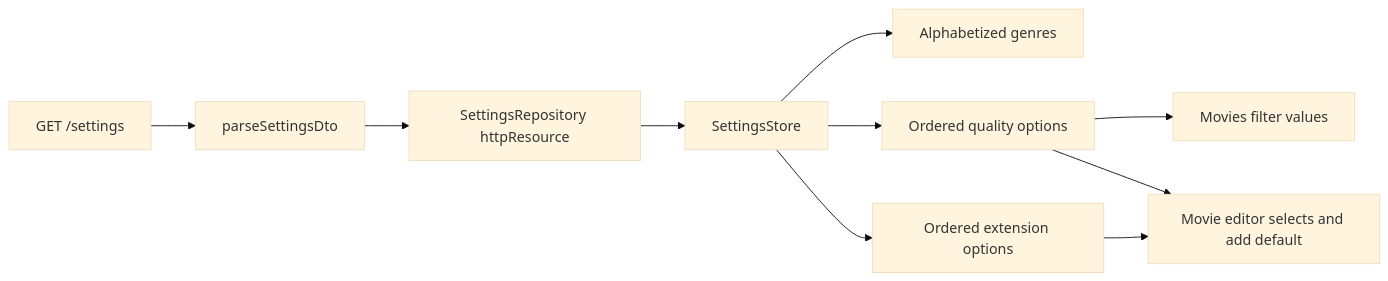
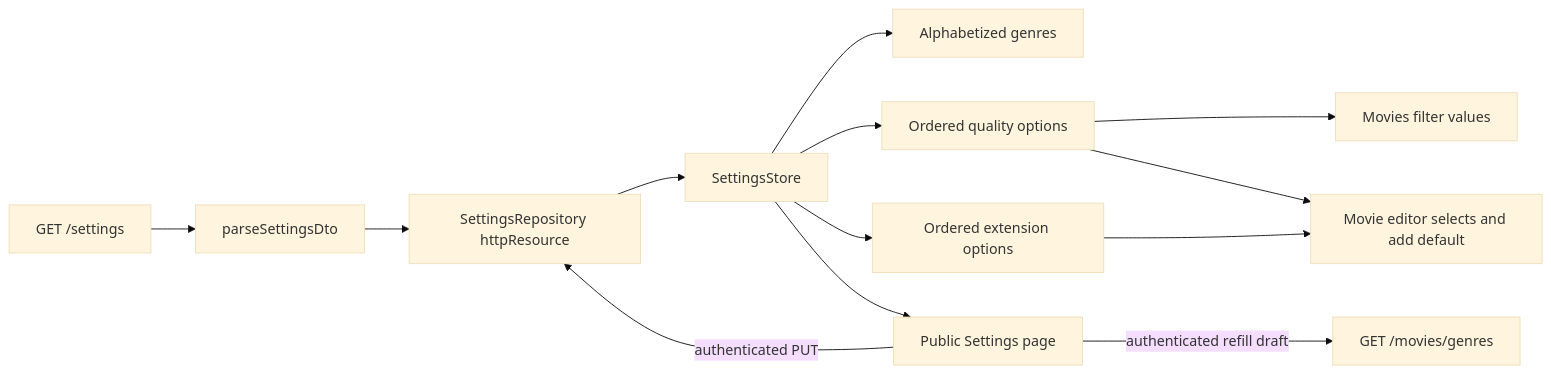
Before and after one commit to Zwezh/media-shelf: the diagram in lode/settings/summary.md, drawn with Mermaid (base theme). The commit also changed other lines of this file and 20 other files, not shown here.

Commit message:
feat: add editable settings page

````diff
--- a/lode/settings/summary.md
+++ b/lode/settings/summary.md
@@ -15,12 +23,15 @@
 ```mermaid
 flowchart LR
   Backend[GET /settings] --> Parser[parseSettingsDto]
   Parser --> Repository[SettingsRepository httpResource]
   Repository --> Store[SettingsStore]
   Store --> Genres[Alphabetized genres]
   Store --> Quality[Ordered quality options]
   Store --> Extensions[Ordered extension options]
+  Store --> SettingsPage[Public Settings page]
+  SettingsPage -->|authenticated PUT| Repository
+  SettingsPage -->|authenticated refill draft| MovieGenres[GET /movies/genres]
   Quality --> Filters[Movies filter values]
   Quality --> Editor[Movie editor selects and add default]
   Extensions --> Editor
 ```
````
